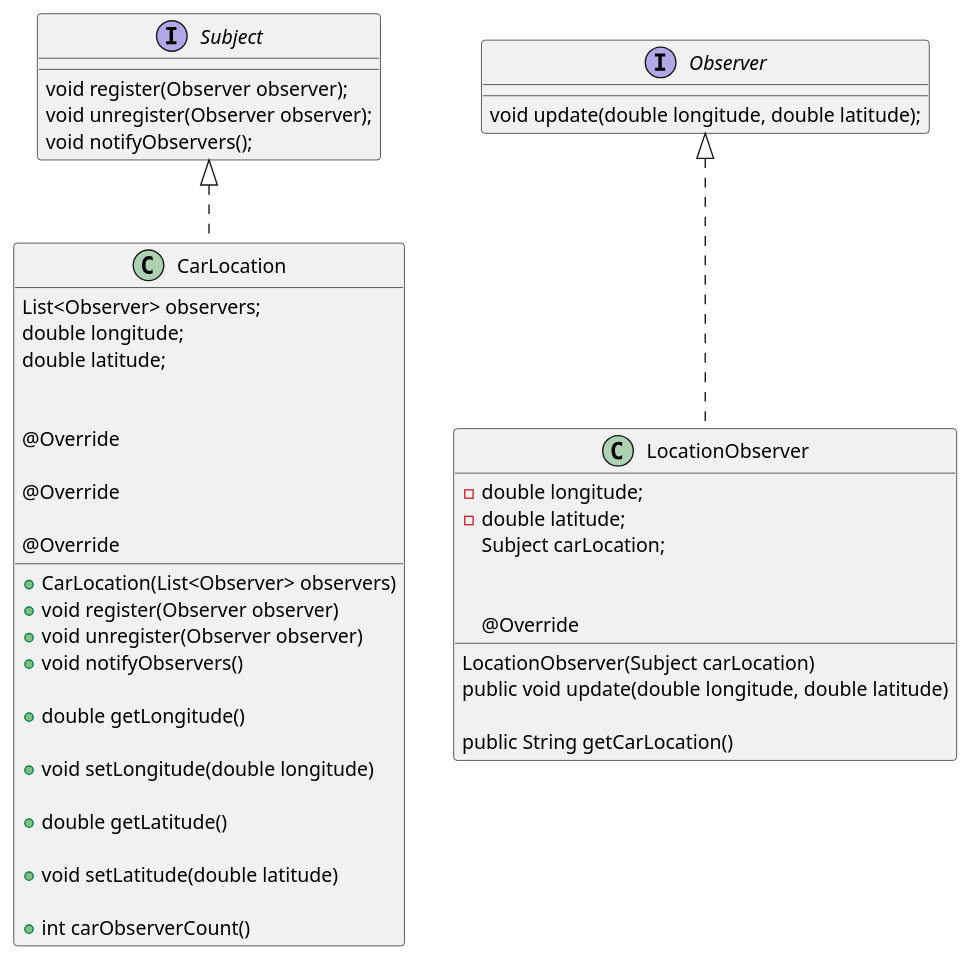
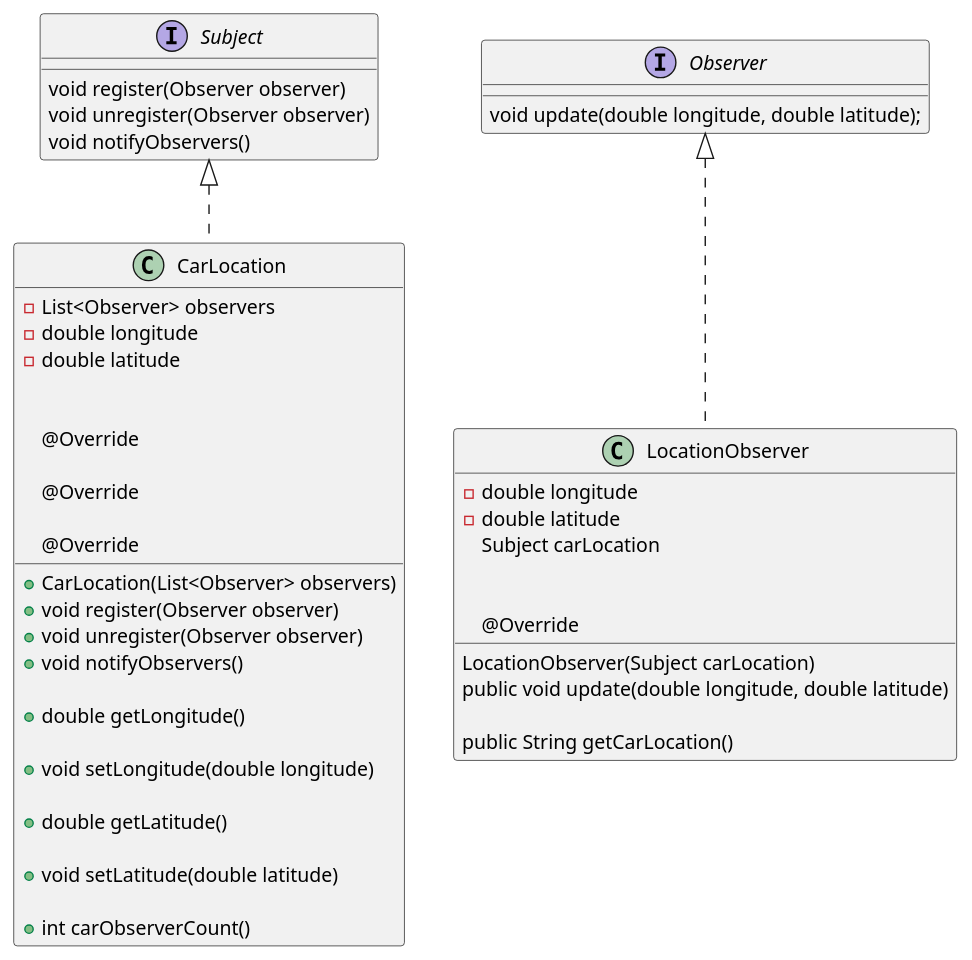
One commit to 43Carrig/Design_Patterns_Car changed the diagram in plantUML/observer.puml. Above: the diagram before and after it, drawn with PlantUML. The commit also changed 8 other files, not shown here.

```diff
--- a/plantUML/observer.puml
+++ b/plantUML/observer.puml
@@ -1,53 +1,53 @@
 @startuml
 
 class CarLocation implements Subject {
-    List<Observer> observers;
-    double longitude;
-    double latitude;
+    -List<Observer> observers
+    -double longitude
+    -double latitude
 
     + CarLocation(List<Observer> observers)
 
     @Override
     + void register(Observer observer)
 
     @Override
     + void unregister(Observer observer)
 
     @Override
     + void notifyObservers()
 
     + double getLongitude()
 
     + void setLongitude(double longitude)
 
     + double getLatitude()
 
     + void setLatitude(double latitude)
 
     + int carObserverCount()
 }
 
 class LocationObserver implements Observer {
-    - double longitude;
-    - double latitude;
-    Subject carLocation;
+    - double longitude
+    - double latitude
+    Subject carLocation
 
      LocationObserver(Subject carLocation)
 
     @Override
     public void update(double longitude, double latitude)
 
     public String getCarLocation()
 }
 
 interface Observer {
     void update(double longitude, double latitude);
 }
 
 interface Subject {
-    void register(Observer observer);
-    void unregister(Observer observer);
-    void notifyObservers();
+    void register(Observer observer)
+    void unregister(Observer observer)
+    void notifyObservers()
 }
 
 @enduml
```
